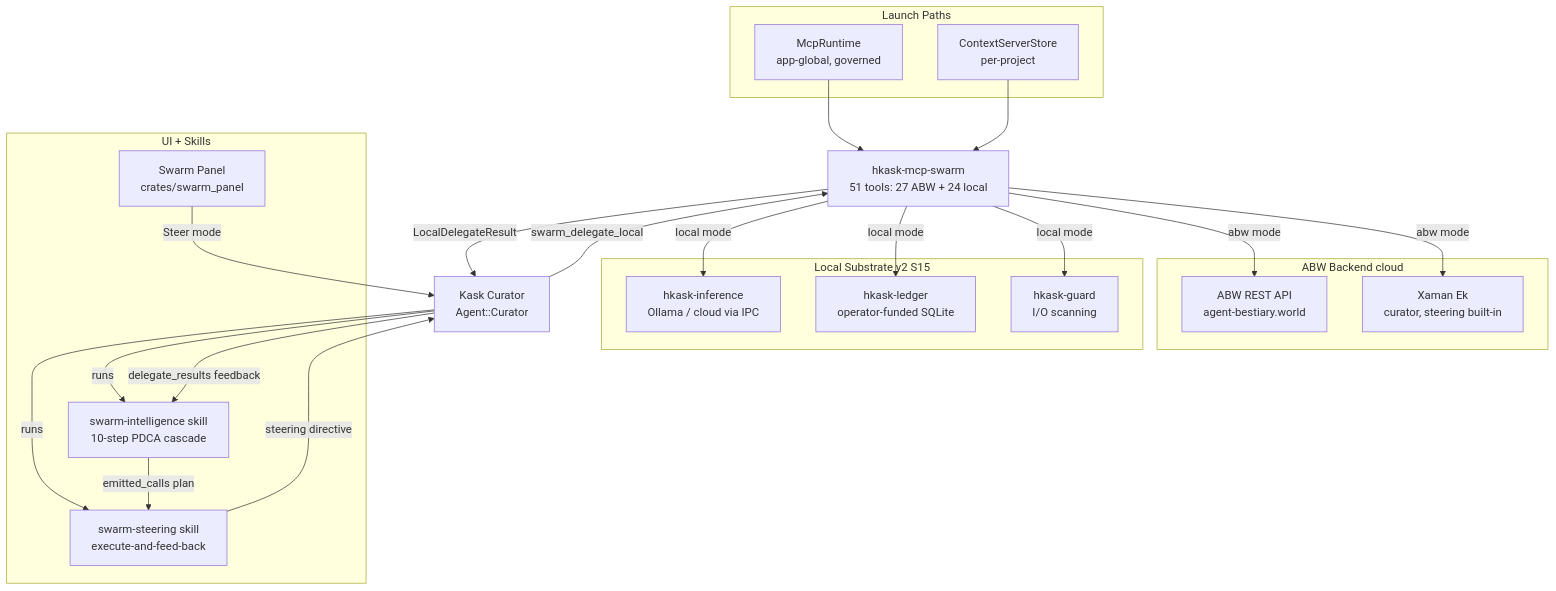
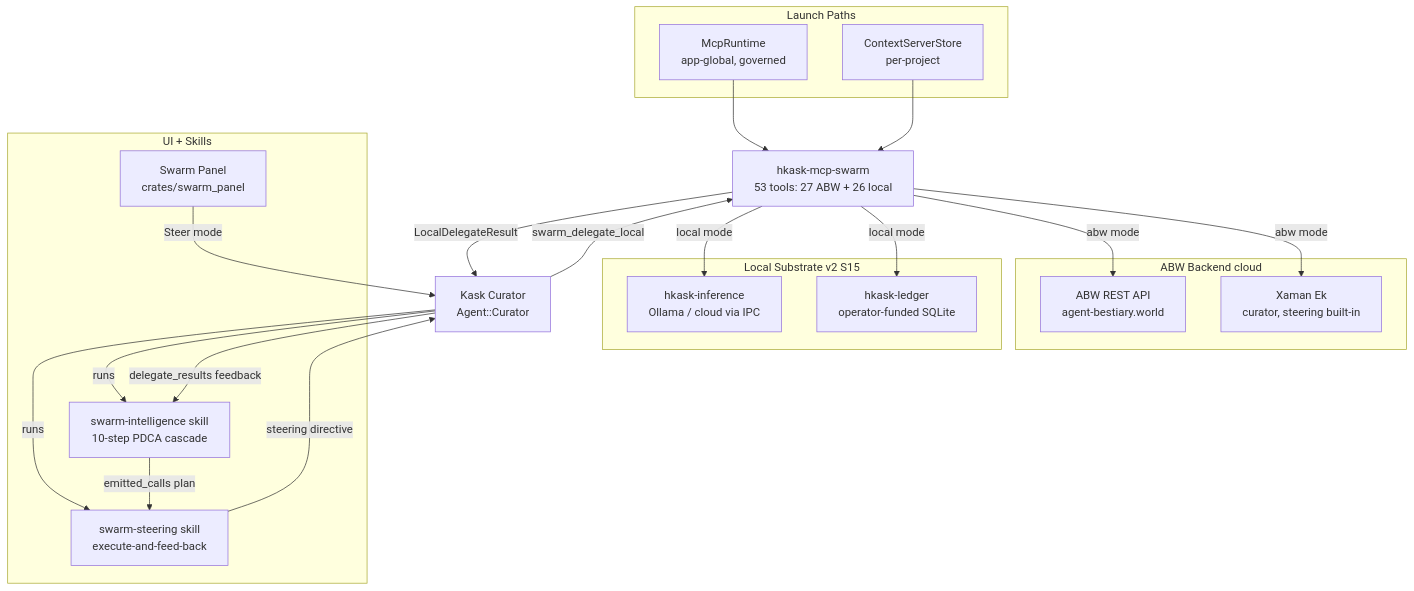
Before and after one commit to mdz-axo/zed-kask: the diagram in kask/docs/diagrams/flowchart-swarm-architecture.md, drawn with Mermaid. The commit also changed other lines of this file and 39 other files, not shown here.

````diff
--- a/kask/docs/diagrams/flowchart-swarm-architecture.md
+++ b/kask/docs/diagrams/flowchart-swarm-architecture.md
@@ -15,41 +15,39 @@
 ```mermaid
 flowchart TD
     subgraph launch[Launch Paths]
         MR[McpRuntime<br/>app-global, governed]
         CS[ContextServerStore<br/>per-project]
     end
-    SWARM[hkask-mcp-swarm<br/>51 tools: 27 ABW + 24 local]
+    SWARM[hkask-mcp-swarm<br/>53 tools: 27 ABW + 26 local]
     MR --> SWARM
     CS --> SWARM
 
     subgraph abw[ABW Backend cloud]
         ABW_API[ABW REST API<br/>agent-bestiary.world]
         XAMAN[Xaman Ek<br/>curator, steering built-in]
     end
 
     subgraph local[Local Substrate v2 S15]
         INF[hkask-inference<br/>Ollama / cloud via IPC]
         LEDGER[hkask-ledger<br/>operator-funded SQLite]
-        GUARD[hkask-guard<br/>I/O scanning]
     end
 
     SWARM -->|abw mode| ABW_API
     SWARM -->|abw mode| XAMAN
     SWARM -->|local mode| INF
     SWARM -->|local mode| LEDGER
-    SWARM -->|local mode| GUARD
 
     subgraph ui[UI + Skills]
         PANEL[Swarm Panel<br/>crates/swarm_panel]
         SI[swarm-intelligence skill<br/>10-step PDCA cascade]
         SS[swarm-steering skill<br/>execute-and-feed-back]
     end
     PANEL -->|Steer mode| CURATOR[Kask Curator<br/>Agent::Curator]
     CURATOR -->|runs| SI
     CURATOR -->|runs| SS
     SI -->|emitted_calls plan| SS
     SS -->|steering directive| CURATOR
     CURATOR -->|swarm_delegate_local| SWARM
     SWARM -->|LocalDelegateResult| CURATOR
     CURATOR -->|delegate_results feedback| SI
 ```
````
